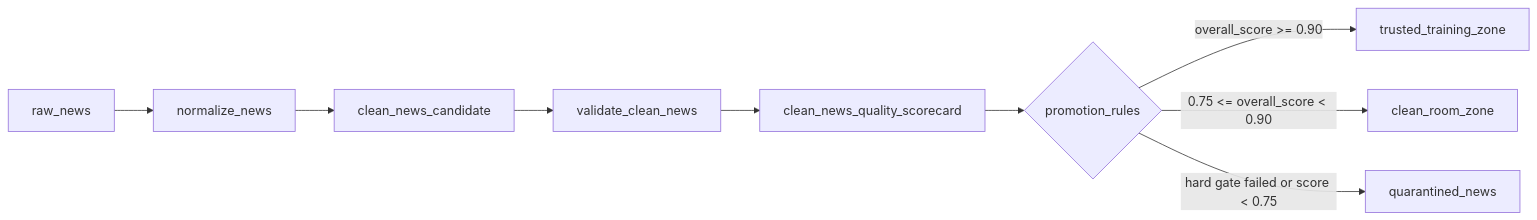
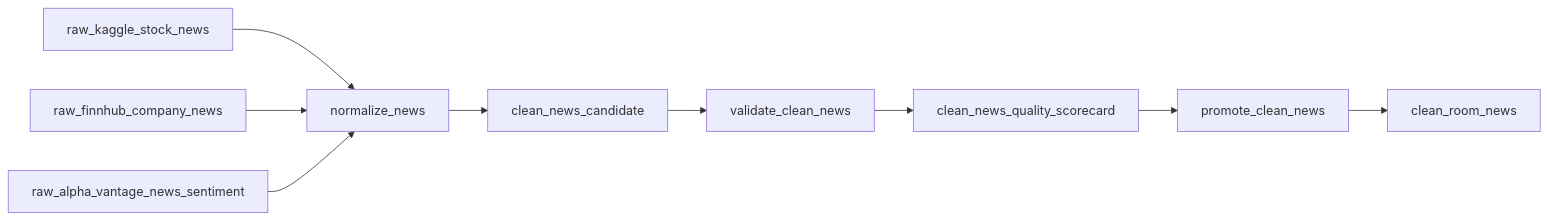
Before and after one commit to lh3nry/friendly-giggle: the fourth of 5 diagrams in README.md, drawn with Mermaid. The commit also changed other lines of this file and 57 other files, not shown here.

Commit message:
Update with sample data schema that matches data sources discussed on Discord. Added demo scripts with sample login, with more explanation in readme

````diff
--- a/README.md
+++ b/README.md
@@ -95,11 +161,11 @@
 ```mermaid
 flowchart LR
-  A[raw_news] --> B[normalize_news]
-  B --> C[clean_news_candidate]
-  C --> D[validate_clean_news]
-  D --> E[clean_news_quality_scorecard]
-  E --> F{promotion_rules}
-  F -->|overall_score >= 0.90| G[trusted_training_zone]
-  F -->|0.75 <= overall_score < 0.90| H[clean_room_zone]
-  F -->|hard gate failed or score < 0.75| I[quarantined_news]
+  A[raw_kaggle_stock_news] --> D[normalize_news]
+  B[raw_finnhub_company_news] --> D
+  C[raw_alpha_vantage_news_sentiment] --> D
+  D --> E[clean_news_candidate]
+  E --> F[validate_clean_news]
+  F --> G[clean_news_quality_scorecard]
+  G --> H[promote_clean_news]
+  H --> I[clean_room_news]
 ```
````
